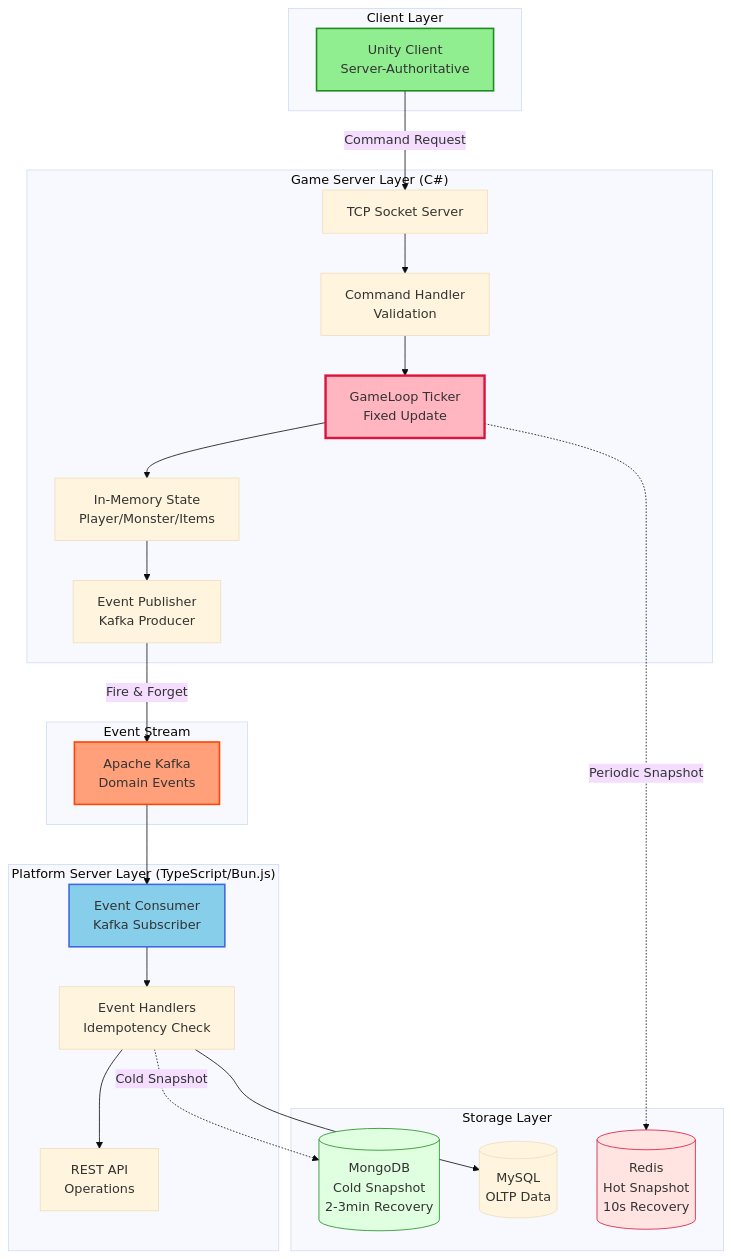
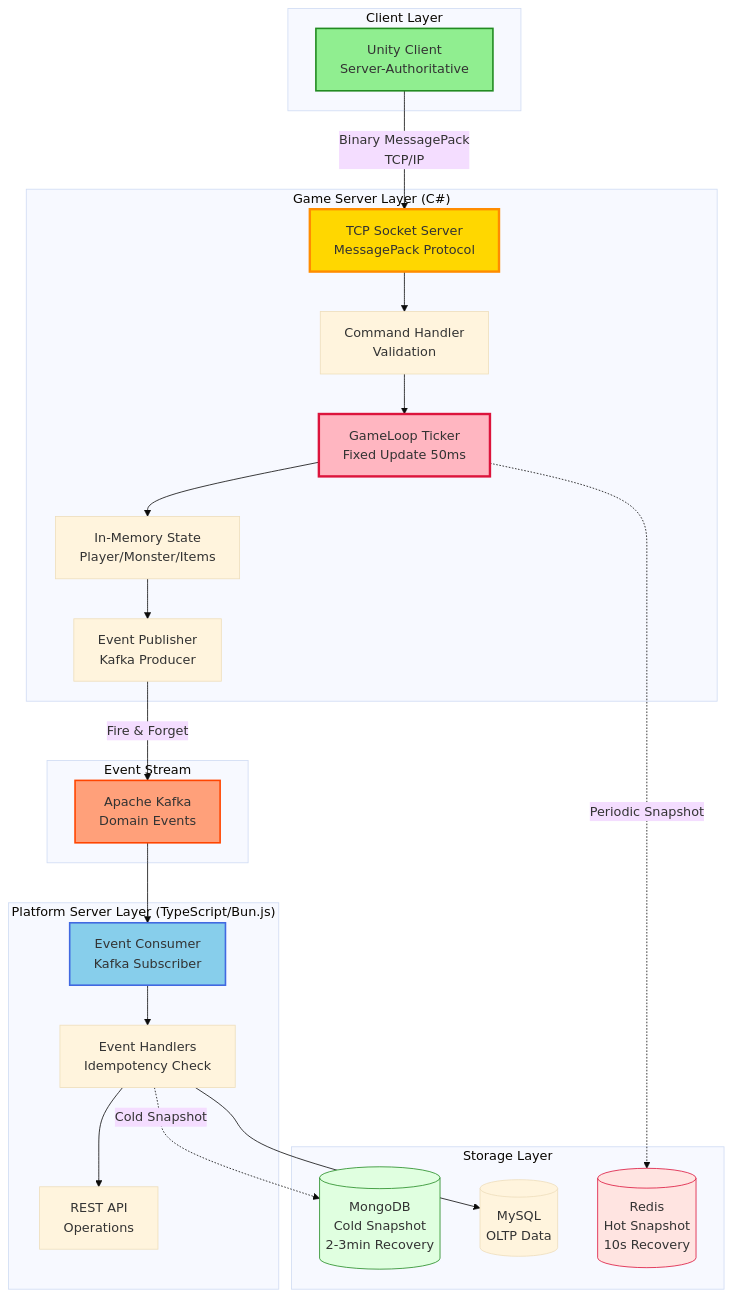
The first of 4 diagrams in README.md (1985jwlee/portpolio_main), drawn with Mermaid (base theme) before and after one commit. The commit also changed other lines of this file, not shown here.

````diff
--- a/README.md
+++ b/README.md
@@ -133,52 +134,52 @@
 ```mermaid
 graph TB
     subgraph "Client Layer"
         UNITY[Unity Client<br/>Server-Authoritative]
     end
     
     subgraph "Game Server Layer (C#)"
-        TCP[TCP Socket Server]
-        GAMELOOP[GameLoop Ticker<br/>Fixed Update]
+        TCP[TCP Socket Server<br/>MessagePack Protocol]
+        GAMELOOP[GameLoop Ticker<br/>Fixed Update 50ms]
         MEMORY[In-Memory State<br/>Player/Monster/Items]
         COMMAND[Command Handler<br/>Validation]
         EVENT_PUB[Event Publisher<br/>Kafka Producer]
     end
     
     subgraph "Event Stream"
         KAFKA[Apache Kafka<br/>Domain Events]
     end
     
     subgraph "Platform Server Layer (TypeScript/Bun.js)"
         EVENT_SUB[Event Consumer<br/>Kafka Subscriber]
         HANDLER[Event Handlers<br/>Idempotency Check]
         REST[REST API<br/>Operations]
     end
     
     subgraph "Storage Layer"
         REDIS[(Redis<br/>Hot Snapshot<br/>10s Recovery)]
         MONGO[(MongoDB<br/>Cold Snapshot<br/>2-3min Recovery)]
         MYSQL[(MySQL<br/>OLTP Data)]
     end
     
-    UNITY -->|Command Request| TCP
+    UNITY -->|Binary MessagePack<br/>TCP/IP| TCP
     TCP --> COMMAND
     COMMAND --> GAMELOOP
     GAMELOOP --> MEMORY
     MEMORY --> EVENT_PUB
     EVENT_PUB -->|Fire & Forget| KAFKA
     KAFKA --> EVENT_SUB
     EVENT_SUB --> HANDLER
     HANDLER --> REST
     
     GAMELOOP -.->|Periodic Snapshot| REDIS
     HANDLER -.->|Cold Snapshot| MONGO
     HANDLER --> MYSQL
     
     style UNITY fill:#90EE90,stroke:#228B22,stroke-width:2px
+    style TCP fill:#FFD700,stroke:#FF8C00,stroke-width:3px
     style GAMELOOP fill:#FFB6C1,stroke:#DC143C,stroke-width:3px
     style KAFKA fill:#FFA07A,stroke:#FF4500,stroke-width:2px
     style EVENT_SUB fill:#87CEEB,stroke:#4169E1,stroke-width:2px
     style REDIS fill:#FFE4E1,stroke:#DC143C
     style MONGO fill:#E0FFE0,stroke:#228B22
-
 ```
````
